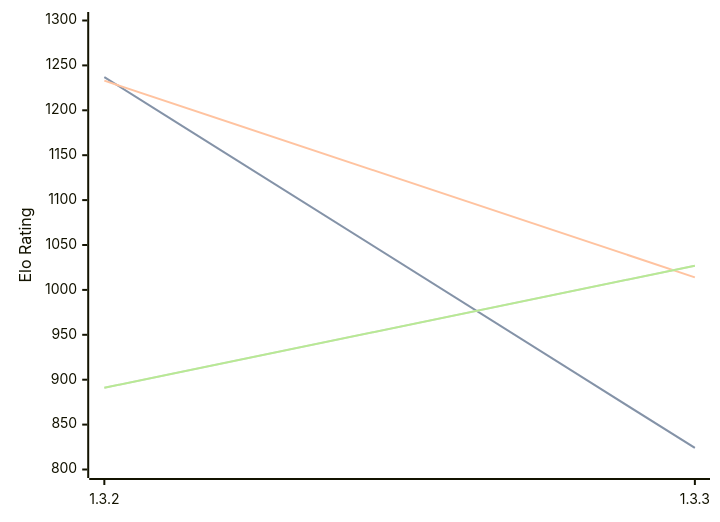
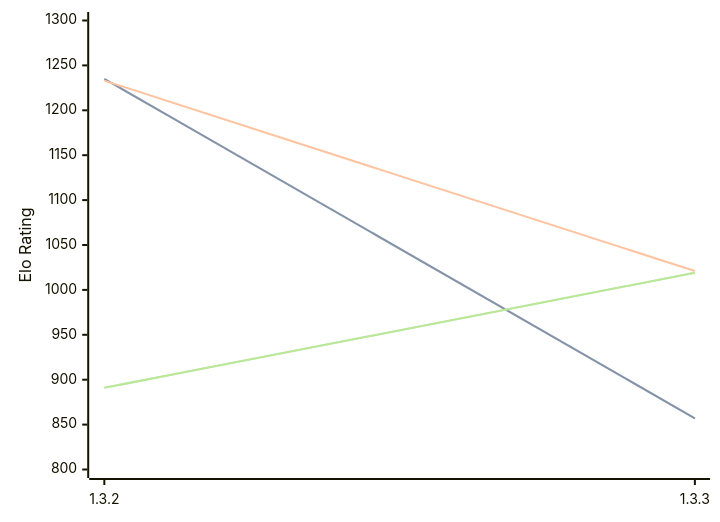
One commit to computer-chess-index/cci changed the diagram in engines/Whitespine.md. Above: the diagram before and after it, drawn with Mermaid. The commit also changed other lines of this file, not shown here.

Commit message:
Update CCI Ratings (ELO VLTC) - 2026-04-13

````diff
--- a/engines/Whitespine.md
+++ b/engines/Whitespine.md
@@ -35,11 +35,11 @@
 ```mermaid
 %%{init: {"theme":"base","themeVariables":{"seriesColors:['#a3a3a3','#222221','#faa371']}}}%%
 xychart-beta
   x-axis ["1.3.2", "1.3.3"]
   y-axis "Elo Rating" 800 --> 1300
-  line "STC (8.0+0.08s)" [1237, 824]
-  line "STC (8.0+0.08s)" [1237, 824]
-  line "LTC (60.0+0.60s)" [1233, 1014]
-  line "VLTC (2m24s+1.12s)" [891, 1027]
-  line "VLTC (2m24s+1.12s)" [891, 1027]
+  line "STC (8.0+0.08s)" [1235, 857]
+  line "STC (8.0+0.08s)" [1235, 857]
+  line "LTC (60.0+0.60s)" [1233, 1021]
+  line "VLTC (2m24s+1.12s)" [891, 1019]
+  line "VLTC (2m24s+1.12s)" [891, 1019]
 ```
````
